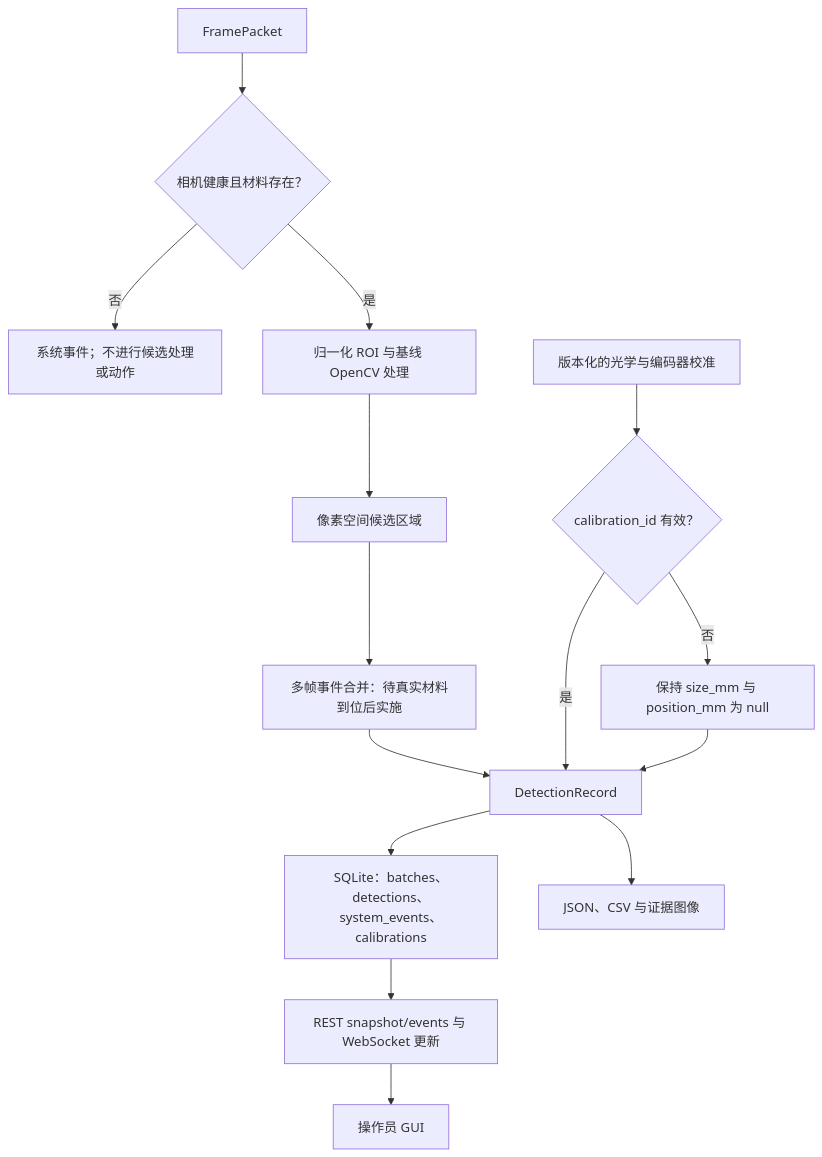
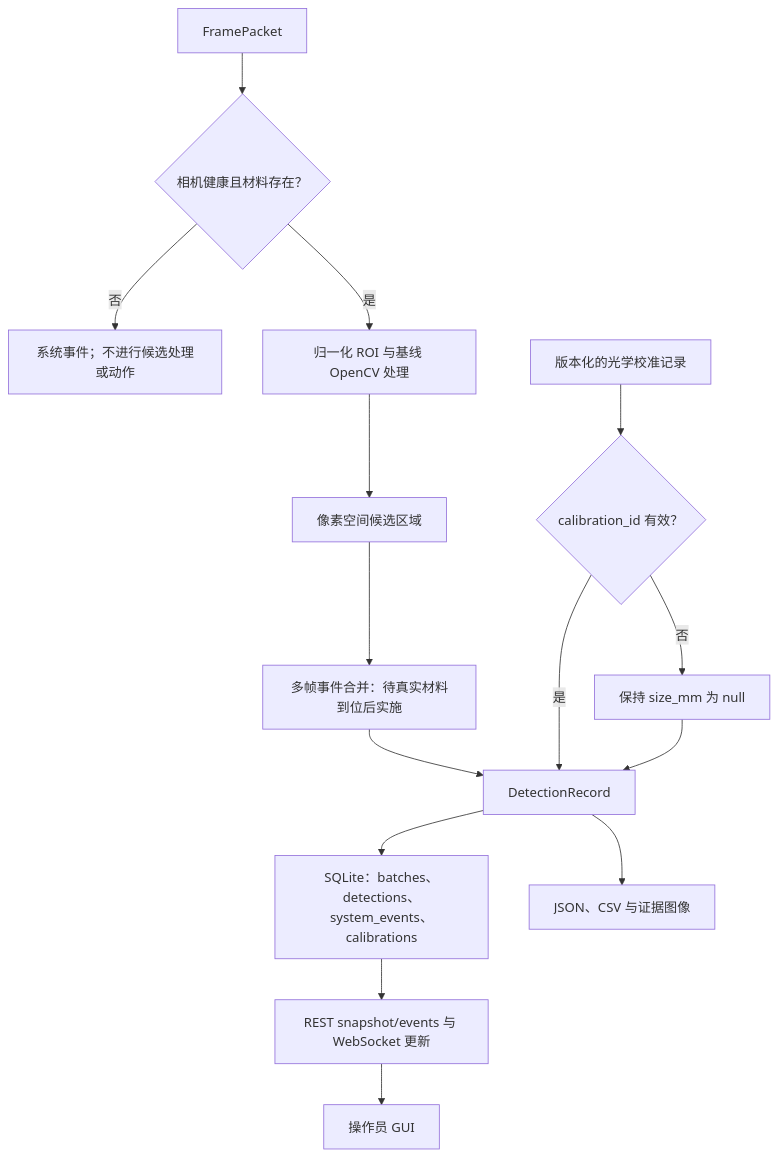
One commit to wxy331-hub/eng5105-rpla-surface-quality changed the second of 4 diagrams in paper_rewriting_output/ENG5105_Proposal_Design_Report_ZH.md. Above: the diagram before and after it, drawn with Mermaid. The commit also changed other lines of this file and 22 other files, not shown here.

````diff
--- a/paper_rewriting_output/ENG5105_Proposal_Design_Report_ZH.md
+++ b/paper_rewriting_output/ENG5105_Proposal_Design_Report_ZH.md
@@ -307,17 +323,17 @@
 ```mermaid
 flowchart TD
     FP["FramePacket"] --> HG{"相机健康且材料存在？"}
     HG -->|"否"| SE["系统事件；不进行候选处理或动作"]
     HG -->|"是"| ROI["归一化 ROI 与基线 OpenCV 处理"]
     ROI --> PC["像素空间候选区域"]
     PC --> ET["多帧事件合并：待真实材料到位后实施"]
     ET --> DR["DetectionRecord"]
-    CAL["版本化的光学与编码器校准"] --> CG{"calibration_id 有效？"}
+    CAL["版本化的光学校准记录"] --> CG{"calibration_id 有效？"}
     CG -->|"是"| DR
-    CG -->|"否"| NULL["保持 size_mm 与 position_mm 为 null"]
+    CG -->|"否"| NULL["保持 size_mm 为 null"]
     NULL --> DR
     DR --> DB["SQLite：batches、detections、system_events、calibrations"]
     DR --> EX["JSON、CSV 与证据图像"]
     DB --> API["REST snapshot/events 与 WebSocket 更新"]
     API --> UI["操作员 GUI"]
 ```
````
